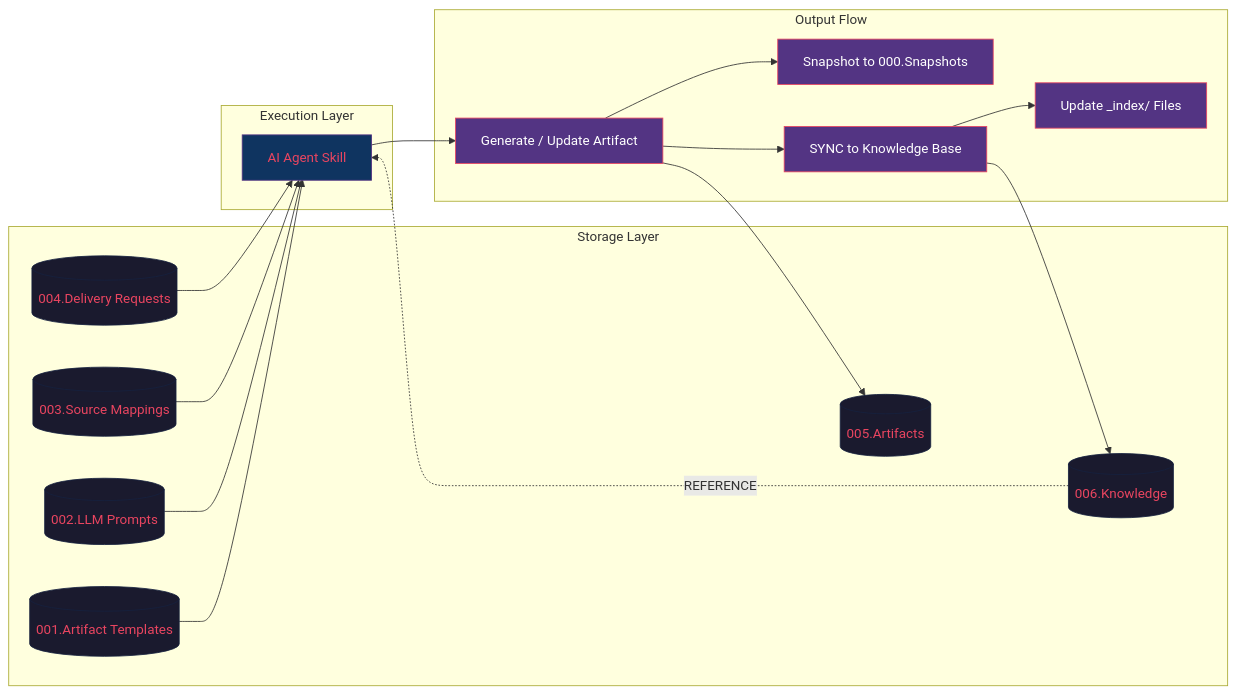
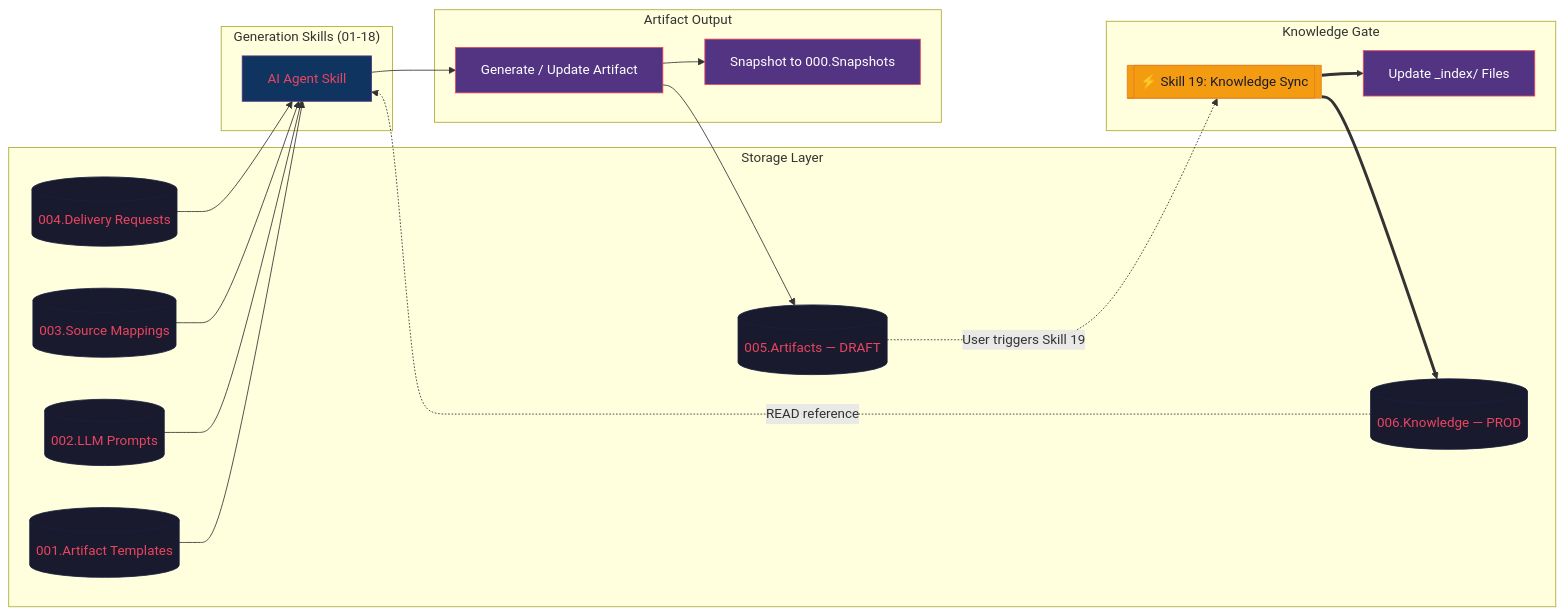
The second of 5 diagrams in agentic-os.md (tony4work1992/specs-chain), drawn with Mermaid before and after one commit. The commit also changed other lines of this file and 39 other files, not shown here.

Commit message:
feat: move sync action to a separate flow

````diff
--- a/agentic-os.md
+++ b/agentic-os.md
@@ -122,37 +118,43 @@
 ```mermaid
 graph LR
     classDef store fill:#1a1a2e,stroke:#16213e,color:#e94560;
     classDef process fill:#0f3460,stroke:#533483,color:#e94560;
     classDef output fill:#533483,stroke:#e94560,color:#fff;
+    classDef gate fill:#f39c12,stroke:#e67e22,color:#1a1a2e;
 
     subgraph "Storage Layer"
         T[("001.Artifact Templates")]:::store
         P[("002.LLM Prompts")]:::store
         M[("003.Source Mappings")]:::store
         D[("004.Delivery Requests")]:::store
-        ART[("005.Artifacts")]:::store
-        K[("006.Knowledge")]:::store
+        ART[("005.Artifacts — DRAFT")]:::store
+        K[("006.Knowledge — PROD")]:::store
     end
 
-    subgraph "Execution Layer"
+    subgraph "Generation Skills (01-18)"
         SKILL["AI Agent Skill"]:::process
     end
 
-    subgraph "Output Flow"
+    subgraph "Artifact Output"
         GEN["Generate / Update Artifact"]:::output
         SNAP["Snapshot to 000.Snapshots"]:::output
-        SYNC["SYNC to Knowledge Base"]:::output
+    end
+
+    subgraph "Knowledge Gate"
+        S19[["⚡ Skill 19: Knowledge Sync"]]:::gate
         IDX["Update _index/ Files"]:::output
     end
 
     T --> SKILL
     P --> SKILL
     M --> SKILL
     D --> SKILL
-    K -.-> |REFERENCE| SKILL
+    K -.-> |READ reference| SKILL
 
     SKILL --> GEN --> ART
     GEN --> SNAP
-    GEN --> SYNC --> K
-    SYNC --> IDX
+
+    ART -.-> |User triggers Skill 19| S19
+    S19 ==> K
+    S19 ==> IDX
 ```
````
